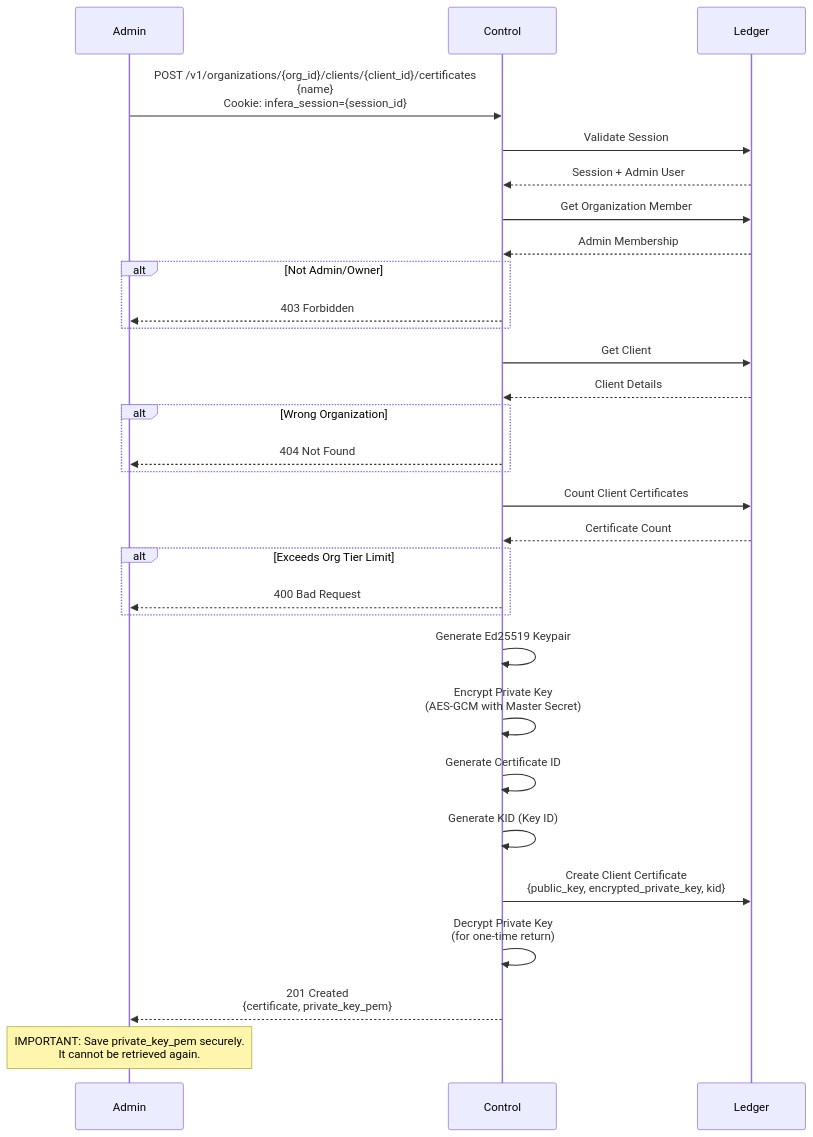
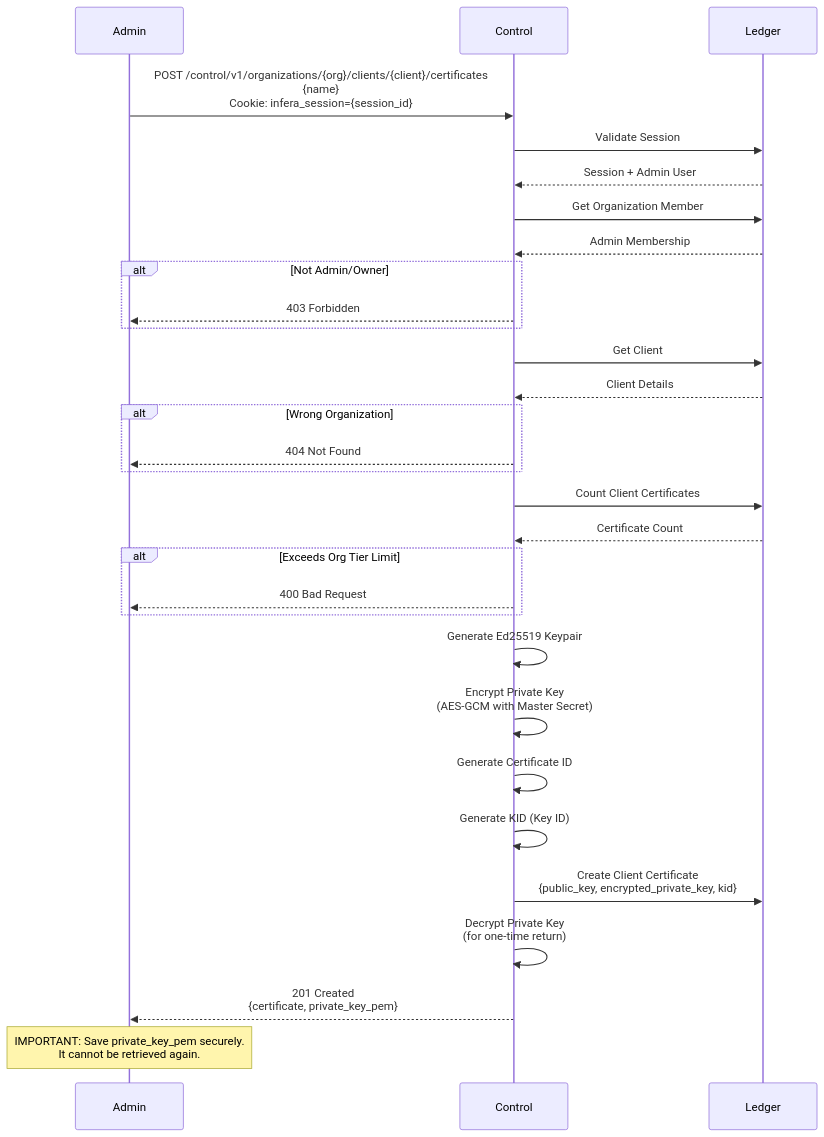
One commit to inferadb/control changed the sixth of 14 diagrams in docs/flows.md. Above: the diagram before and after it, drawn with Mermaid. The commit also changed other lines of this file and 49 other files, not shown here.

````diff
--- a/docs/flows.md
+++ b/docs/flows.md
@@ -219,45 +219,45 @@
 ```mermaid
 sequenceDiagram
     participant Admin
     participant API as Control
     participant DB as Ledger
 
-    Admin->>API: POST /v1/organizations/{org_id}/clients/{client_id}/certificates<br/>{name}<br/>Cookie: infera_session={session_id}
+    Admin->>API: POST /control/v1/organizations/{org}/clients/{client}/certificates<br/>{name}<br/>Cookie: infera_session={session_id}
 
     API->>DB: Validate Session
     DB-->>API: Session + Admin User
 
     API->>DB: Get Organization Member
     DB-->>API: Admin Membership
 
     alt Not Admin/Owner
         API-->>Admin: 403 Forbidden
     end
 
     API->>DB: Get Client
     DB-->>API: Client Details
 
     alt Wrong Organization
         API-->>Admin: 404 Not Found
     end
 
     API->>DB: Count Client Certificates
     DB-->>API: Certificate Count
 
     alt Exceeds Org Tier Limit
         API-->>Admin: 400 Bad Request
     end
 
     API->>API: Generate Ed25519 Keypair
     API->>API: Encrypt Private Key<br/>(AES-GCM with Master Secret)
     API->>API: Generate Certificate ID
     API->>API: Generate KID (Key ID)
 
     API->>DB: Create Client Certificate<br/>{public_key, encrypted_private_key, kid}
 
     API->>API: Decrypt Private Key<br/>(for one-time return)
 
     API-->>Admin: 201 Created<br/>{certificate, private_key_pem}
 
     Note over Admin: IMPORTANT: Save private_key_pem securely.<br/>It cannot be retrieved again.
 ```
````
